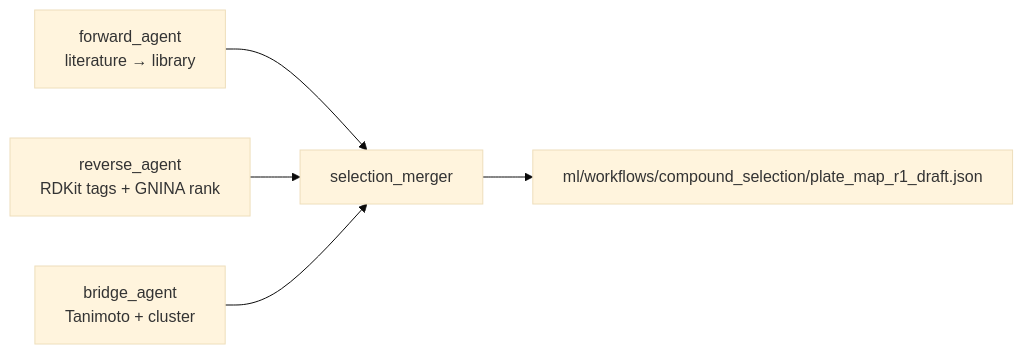
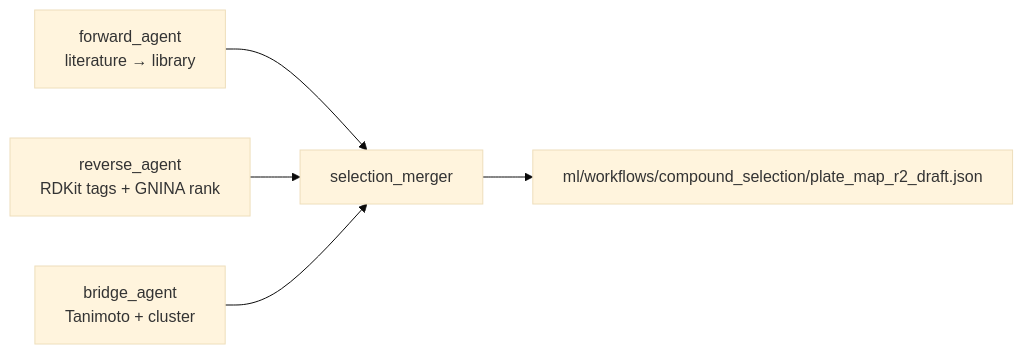
One commit to pvjthomas/beta-loop changed the third of 7 diagrams in DIAGRAMS.md. Above: the diagram before and after it, drawn with Mermaid (base theme). The commit also changed other lines of this file and 14 other files, not shown here.

First line of the commit message:
Rename compound selection draft from Round 1 to Round 2.

````diff
--- a/DIAGRAMS.md
+++ b/DIAGRAMS.md
@@ -110,7 +110,7 @@
 ```mermaid
 flowchart LR
   F[forward_agent<br/>literature → library] --> M[selection_merger]
   R[reverse_agent<br/>RDKit tags + GNINA rank] --> M
   B[bridge_agent<br/>Tanimoto + cluster] --> M
-  M --> D[ml/workflows/compound_selection/plate_map_r1_draft.json]
+  M --> D[ml/workflows/compound_selection/plate_map_r2_draft.json]
 ```
````
